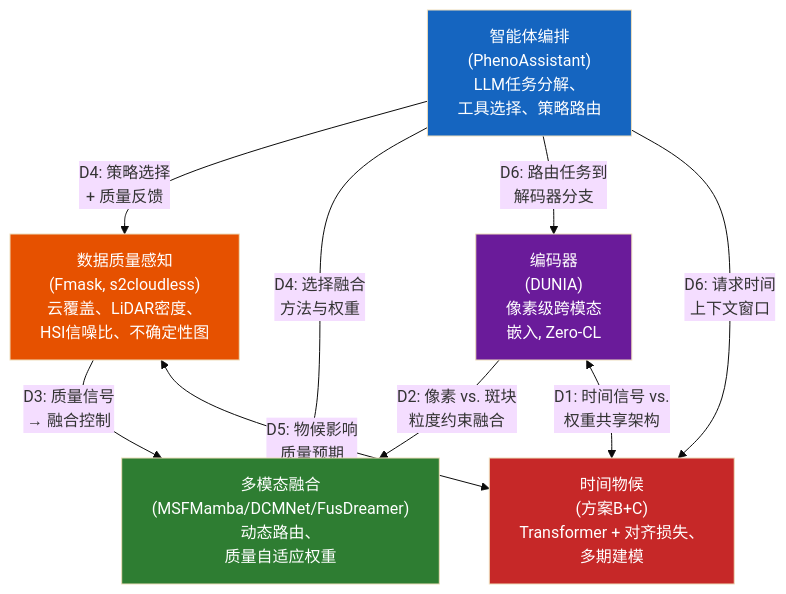
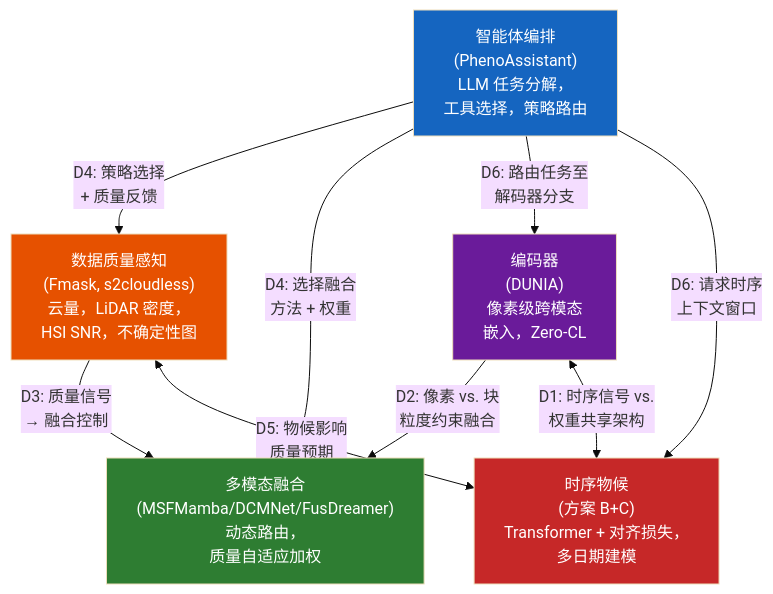
One commit to zmkjh/ForestPheno changed the diagram in papers_data/综述_design_space_oriented_CN.md. Above: the diagram before and after it, drawn with Mermaid (base theme). The commit also changed other lines of this file and 1 other file, not shown here.

````diff
--- a/papers_data/综述_design_space_oriented_CN.md
+++ b/papers_data/综述_design_space_oriented_CN.md
@@ -283,25 +240,25 @@
 ```mermaid
 graph TB
-    Agent["智能体编排<br/>(PhenoAssistant)<br/>LLM任务分解、<br/>工具选择、策略路由"]
-    Quality["数据质量感知<br/>(Fmask, s2cloudless)<br/>云覆盖、LiDAR密度、<br/>HSI信噪比、不确定性图"]
-    Encoder["编码器<br/>(DUNIA)<br/>像素级跨模态<br/>嵌入, Zero-CL"]
-    Fusion["多模态融合<br/>(MSFMamba/DCMNet/FusDreamer)<br/>动态路由、<br/>质量自适应权重"]
-    Temporal["时间物候<br/>(方案B+C)<br/>Transformer + 对齐损失、<br/>多期建模"]
+    Agent["智能体编排<br/>(PhenoAssistant)<br/>LLM 任务分解，<br/>工具选择，策略路由"]
+    Quality["数据质量感知<br/>(Fmask, s2cloudless)<br/>云量，LiDAR 密度，<br/>HSI SNR，不确定性图"]
+    Encoder["编码器<br/>(DUNIA)<br/>像素级跨模态<br/>嵌入，Zero-CL"]
+    Fusion["多模态融合<br/>(MSFMamba/DCMNet/FusDreamer)<br/>动态路由，<br/>质量自适应加权"]
+    Temporal["时序物候<br/>(方案 B+C)<br/>Transformer + 对齐损失，<br/>多日期建模"]
 
     Agent -->|"D4: 策略选择<br/>+ 质量反馈"| Quality
-    Agent -->|"D4: 选择融合<br/>方法与权重"| Fusion
-    Agent -->|"D6: 路由任务到<br/>解码器分支"| Encoder
-    Agent -->|"D6: 请求时间<br/>上下文窗口"| Temporal
+    Agent -->|"D4: 选择融合<br/>方法 + 权重"| Fusion
+    Agent -->|"D6: 路由任务至<br/>解码器分支"| Encoder
+    Agent -->|"D6: 请求时序<br/>上下文窗口"| Temporal
 
     Quality -->|"D3: 质量信号<br/>→ 融合控制"| Fusion
     Quality <-->|"D5: 物候影响<br/>质量预期"| Temporal
 
-    Encoder -->|"D2: 像素 vs. 斑块<br/>粒度约束融合"| Fusion
-    Encoder <-->|"D1: 时间信号 vs.<br/>权重共享架构"| Temporal
+    Encoder -->|"D2: 像素 vs. 块<br/>粒度约束融合"| Fusion
+    Encoder <-->|"D1: 时序信号 vs.<br/>权重共享架构"| Temporal
 
     style Agent fill:#1565c0,color:#fff
     style Quality fill:#e65100,color:#fff
     style Fusion fill:#2e7d32,color:#fff
     style Encoder fill:#6a1b9a,color:#fff
     style Temporal fill:#c62828,color:#fff
 ```
````
